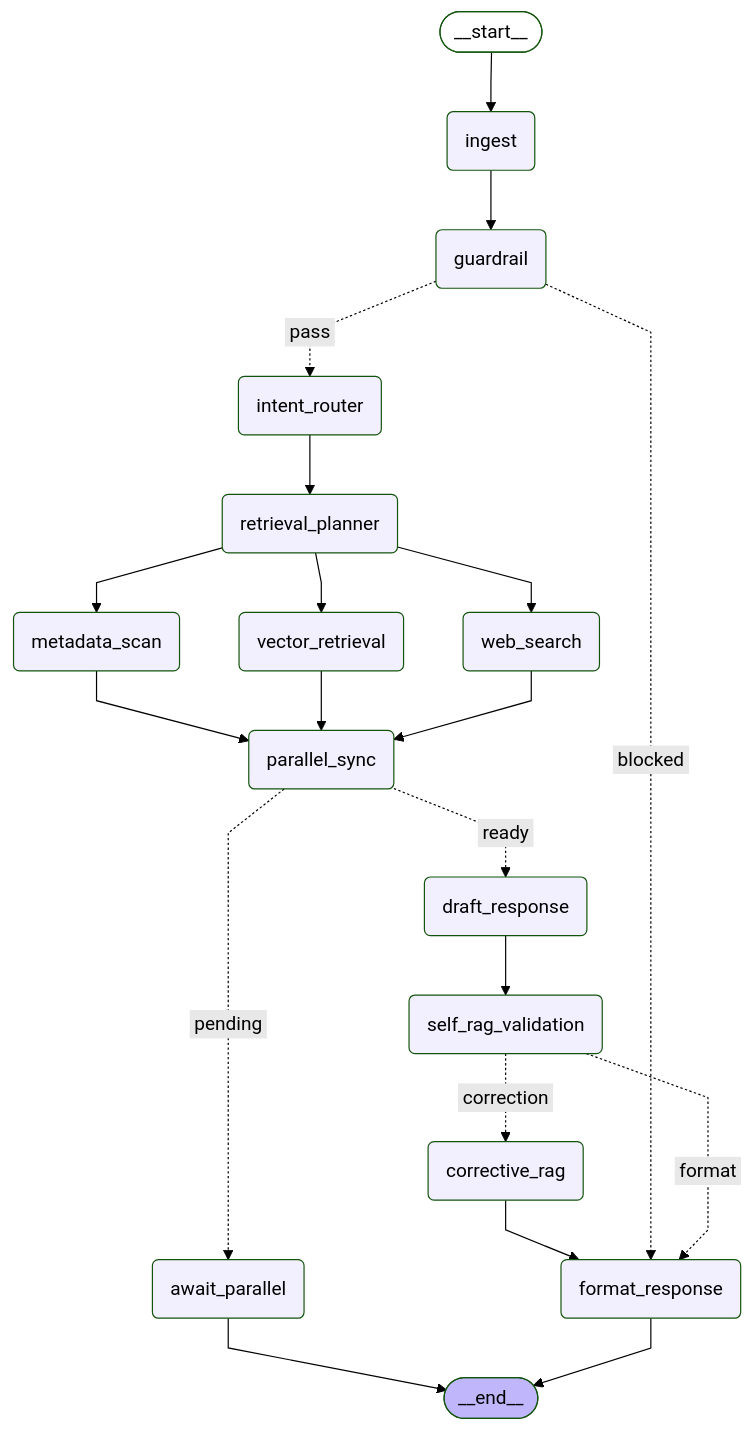
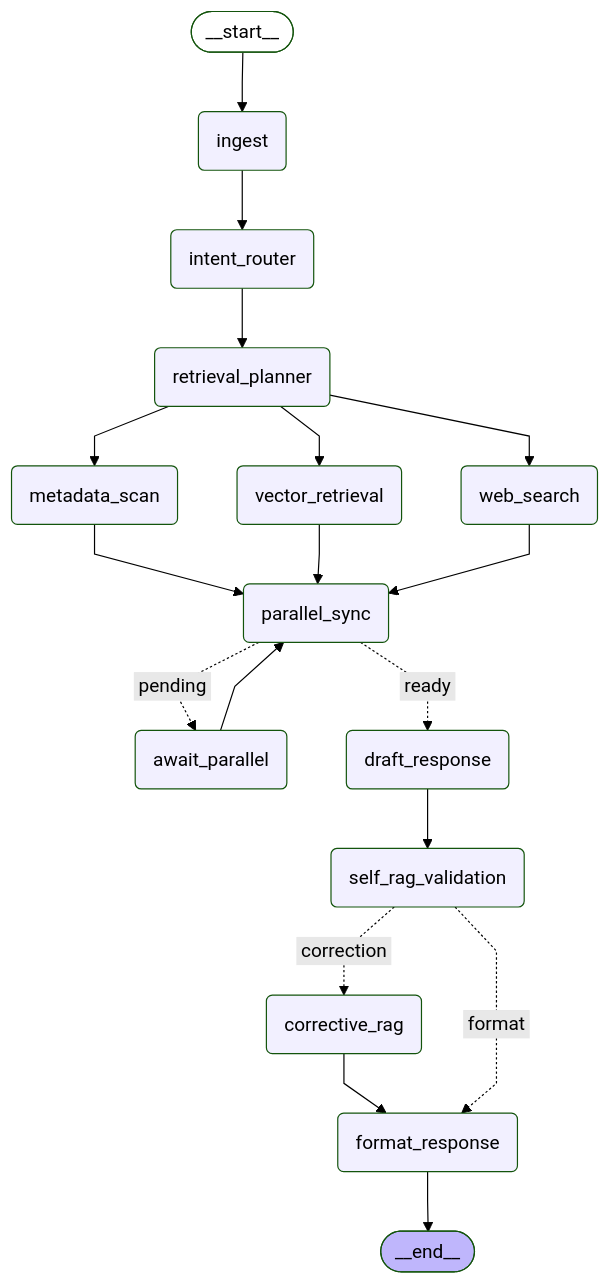
One commit to da-itdaing/chaatbot changed the diagram in artifacts/graphs/chatbot_parallel_graph.mmd. Above: the diagram before and after it, drawn with Mermaid (forest theme). The commit also changed 36 other files, not shown here.

```diff
--- a/artifacts/graphs/chatbot_parallel_graph.mmd
+++ b/artifacts/graphs/chatbot_parallel_graph.mmd
@@ -1,43 +1,40 @@
 ---
 config:
   flowchart:
     curve: linear
 ---
 graph TD;
 	__start__([<p>__start__</p>]):::first
 	ingest(ingest)
-	guardrail(guardrail)
 	intent_router(intent_router)
 	retrieval_planner(retrieval_planner)
 	vector_retrieval(vector_retrieval)
 	metadata_scan(metadata_scan)
 	web_search(web_search)
 	parallel_sync(parallel_sync)
 	await_parallel(await_parallel)
 	draft_response(draft_response)
 	self_rag_validation(self_rag_validation)
 	corrective_rag(corrective_rag)
 	format_response(format_response)
 	__end__([<p>__end__</p>]):::last
 	__start__ --> ingest;
 	corrective_rag --> format_response;
 	draft_response --> self_rag_validation;
-	guardrail -. &nbsp;blocked&nbsp; .-> format_response;
-	guardrail -. &nbsp;pass&nbsp; .-> intent_router;
-	ingest --> guardrail;
+	ingest --> intent_router;
 	intent_router --> retrieval_planner;
 	metadata_scan --> parallel_sync;
 	parallel_sync -. &nbsp;pending&nbsp; .-> await_parallel;
 	parallel_sync -. &nbsp;ready&nbsp; .-> draft_response;
 	retrieval_planner --> metadata_scan;
 	retrieval_planner --> vector_retrieval;
 	retrieval_planner --> web_search;
 	self_rag_validation -. &nbsp;correction&nbsp; .-> corrective_rag;
 	self_rag_validation -. &nbsp;format&nbsp; .-> format_response;
 	vector_retrieval --> parallel_sync;
 	web_search --> parallel_sync;
-	await_parallel --> __end__;
+	await_parallel --> parallel_sync;
 	format_response --> __end__;
 	classDef default fill:#f2f0ff,line-height:1.2
 	classDef first fill-opacity:0
 	classDef last fill:#bfb6fc
```
